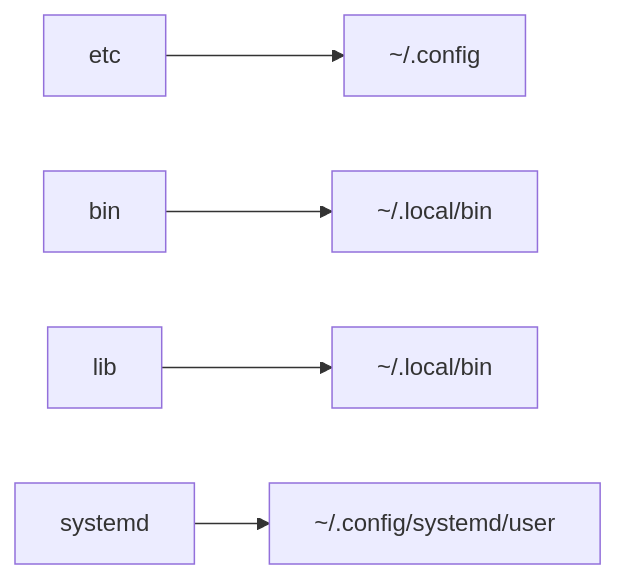
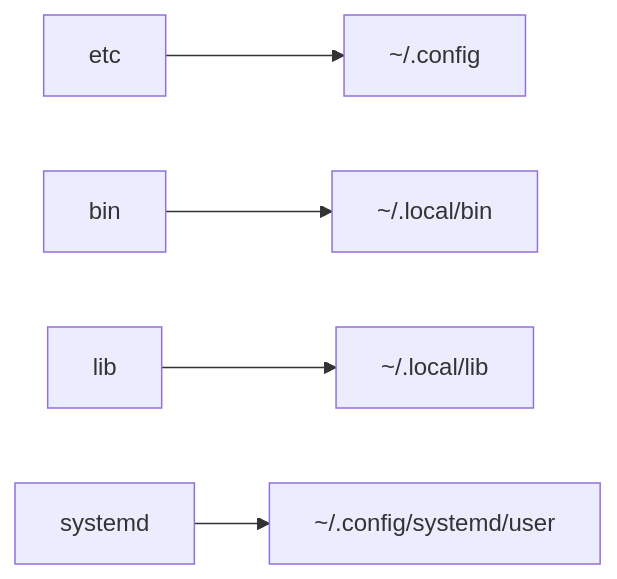
One commit to carnivuth/scripts changed the diagram in readme.md. Above: the diagram before and after it, drawn with Mermaid.

````diff
--- a/readme.md
+++ b/readme.md
@@ -29,7 +29,7 @@
 ```mermaid
 flowchart LR
 A[etc] --> E[~/.config]
 B[bin] --> F[~/.local/bin]
-C[lib] --> G[~/.local/bin]
+C[lib] --> G[~/.local/lib]
 D[systemd] --> H[~/.config/systemd/user]
 ```
````
